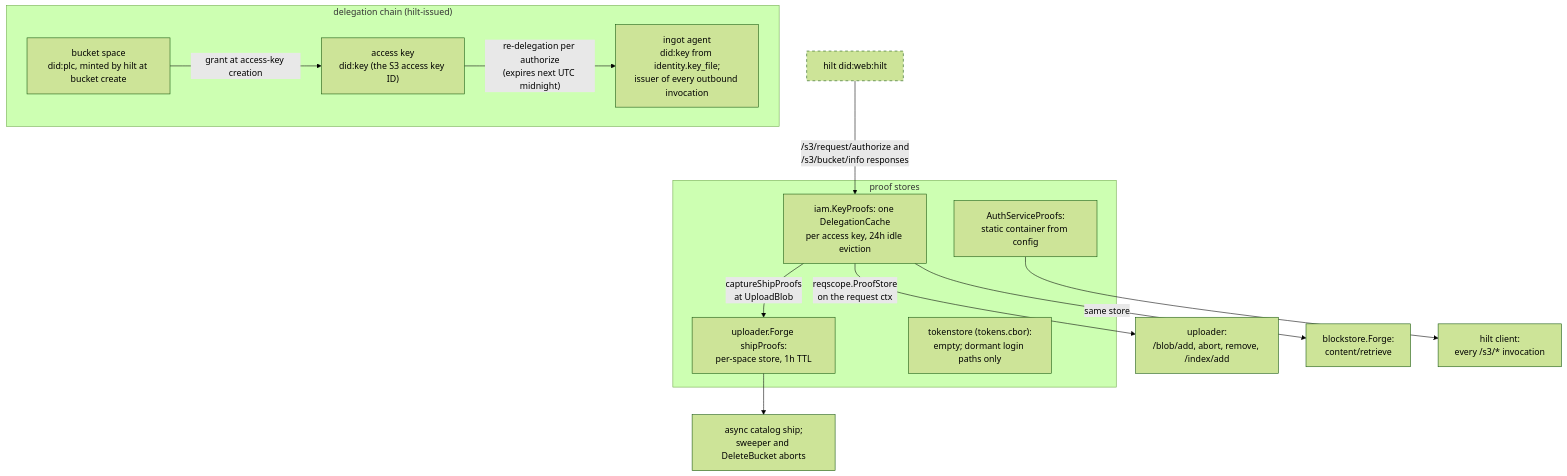
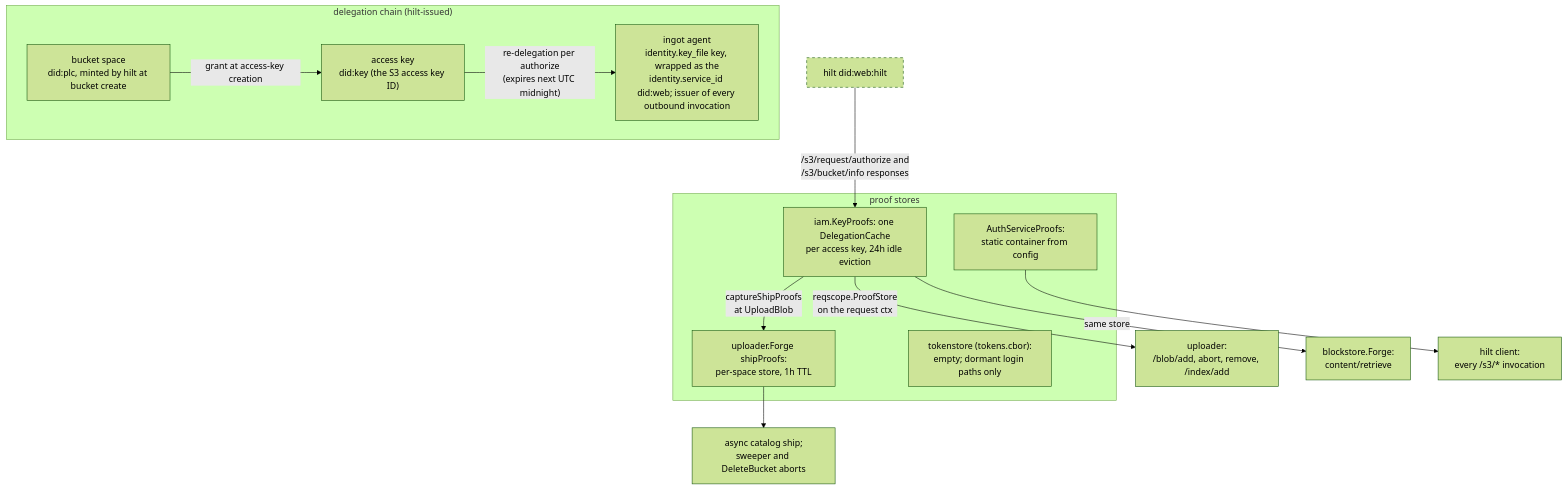
One commit to fil-forge/ingot changed diagram 11 of 14 in docs/diagrams.md. Above: the diagram before and after it, drawn with Mermaid (forest theme). The commit also changed other lines of this file and 20 other files, not shown here.

Commit message:
feat: allow `did:web` identity (#113)

````diff
--- a/docs/diagrams.md
+++ b/docs/diagrams.md
@@ -613,28 +615,28 @@
 ```mermaid
 flowchart TB
     subgraph chain["delegation chain (hilt-issued)"]
         space["bucket space<br/>did:plc, minted by hilt at bucket create"]
         ak["access key<br/>did:key (the S3 access key ID)"]
-        agent["ingot agent<br/>did:key from identity.key_file;<br/>issuer of every outbound invocation"]
+        agent["ingot agent<br/>identity.key_file key, wrapped as the<br/>identity.service_id did:web; issuer of every outbound invocation"]
         space -->|"grant at access-key creation"| ak
         ak -->|"re-delegation per authorize<br/>(expires next UTC midnight)"| agent
     end
 
     hilt["hilt did:web:hilt"] -->|"/s3/request/authorize and<br/>/s3/bucket/info responses"| kp
 
     subgraph stores["proof stores"]
         kp["iam.KeyProofs: one DelegationCache<br/>per access key, 24h idle eviction"]
         ship["uploader.Forge shipProofs:<br/>per-space store, 1h TTL"]
         static["AuthServiceProofs:<br/>static container from config"]
         tok["tokenstore (tokens.cbor):<br/>empty; dormant login paths only"]
     end
 
     kp -->|"reqscope.ProofStore<br/>on the request ctx"| writes["uploader:<br/>/blob/add, abort, remove, /index/add"]
     kp -->|"same store"| reads["blockstore.Forge:<br/>content/retrieve"]
     kp -->|"captureShipProofs<br/>at UploadBlob"| ship
     ship --> async["async catalog ship;<br/>sweeper and DeleteBucket aborts"]
     static --> hc["hilt client:<br/>every /s3/* invocation"]
 
     classDef external stroke-dasharray: 5 5
     class hilt external
 ```
````
